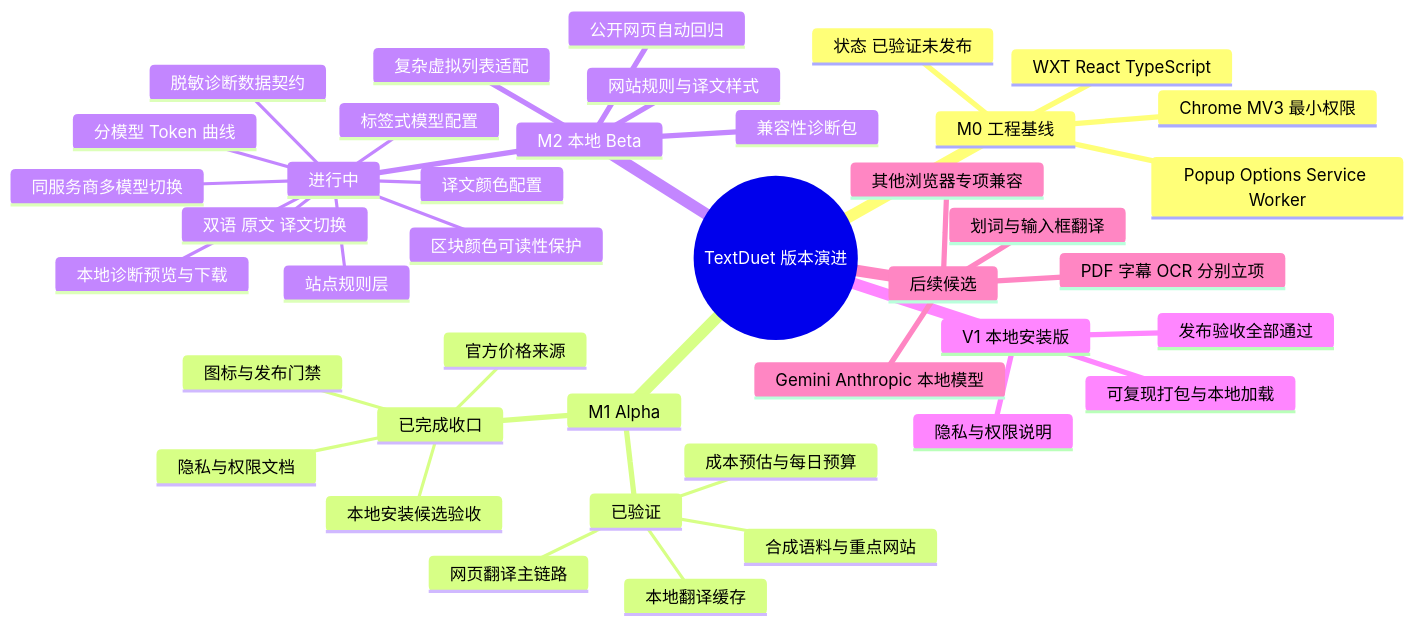
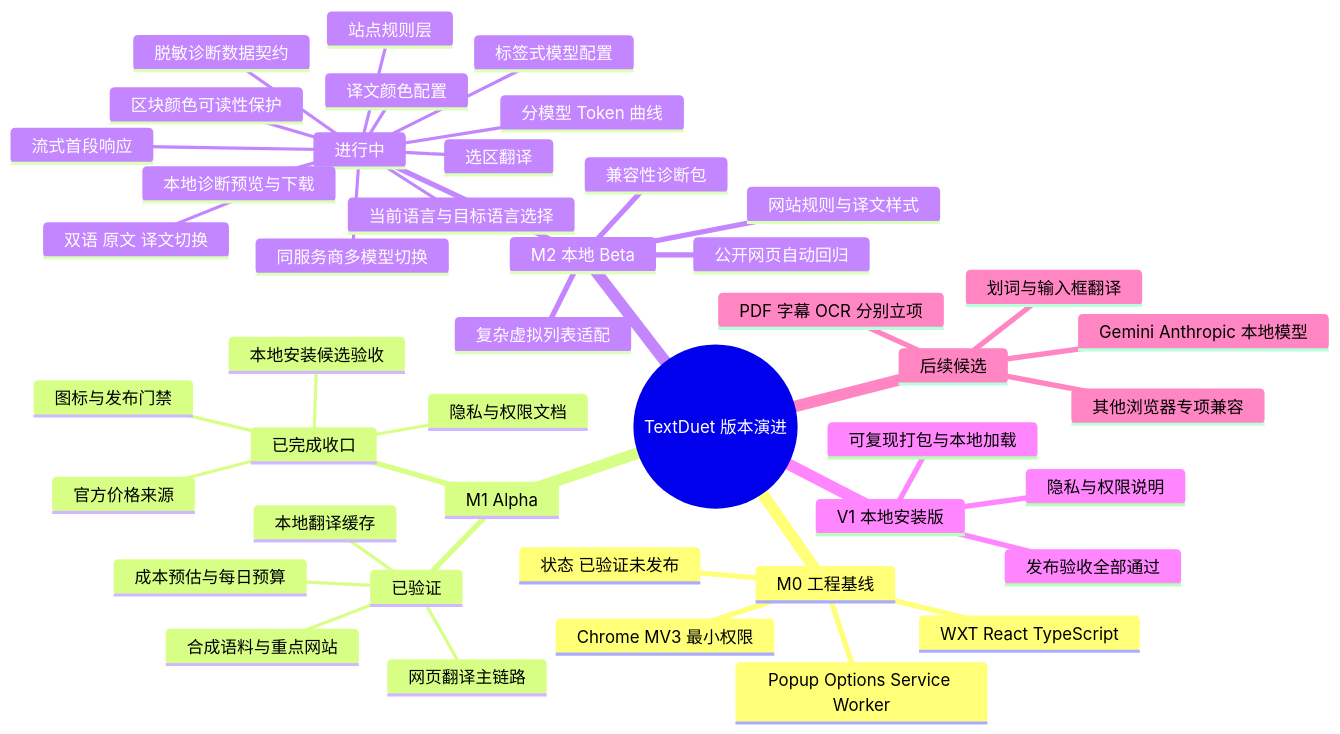
One commit to frealcat/TextDuet changed the second of 2 diagrams in README.md. Above: the diagram before and after it, drawn with Mermaid. The commit also changed other lines of this file and 51 other files, not shown here.

````diff
--- a/README.md
+++ b/README.md
@@ -53,44 +55,47 @@
 ```mermaid
 mindmap
   root((TextDuet 版本演进))
     M0 工程基线
       状态 已验证未发布
       WXT React TypeScript
       Popup Options Service Worker
       Chrome MV3 最小权限
     M1 Alpha
       已验证
         网页翻译主链路
         成本预估与每日预算
         本地翻译缓存
         合成语料与重点网站
       已完成收口
         官方价格来源
         隐私与权限文档
         图标与发布门禁
         本地安装候选验收
     M2 本地 Beta
       进行中
         站点规则层
         脱敏诊断数据契约
         本地诊断预览与下载
         双语 原文 译文切换
+        当前语言与目标语言选择
+        流式首段响应
+        选区翻译
         同服务商多模型切换
         译文颜色配置
         区块颜色可读性保护
         标签式模型配置
         分模型 Token 曲线
       复杂虚拟列表适配
       网站规则与译文样式
       兼容性诊断包
       公开网页自动回归
     V1 本地安装版
       发布验收全部通过
       隐私与权限说明
       可复现打包与本地加载
     后续候选
       Gemini Anthropic 本地模型
       划词与输入框翻译
       PDF 字幕 OCR 分别立项
       其他浏览器专项兼容
 ```
````
